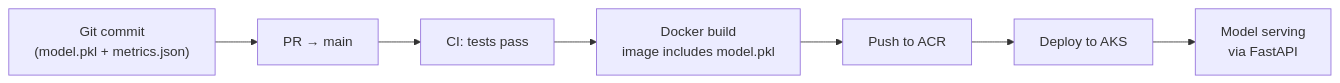
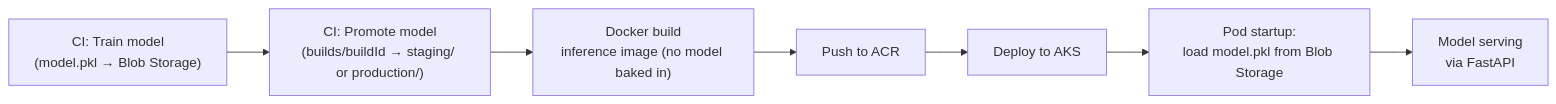
Before and after one commit to Annemarie-Bester/marketing-model-mlops-azure: the third of 4 diagrams in docs/mlops-lifecycle.md, drawn with Mermaid. The commit also changed other lines of this file and 17 other files, not shown here.

````diff
--- a/docs/mlops-lifecycle.md
+++ b/docs/mlops-lifecycle.md
@@ -110,12 +112,12 @@
 ```mermaid
 flowchart LR
-    COMMIT["Git commit<br/>(model.pkl + metrics.json)"]
-    PR["PR → main"]
-    CI["CI: tests pass"]
-    BUILD["Docker build<br/>image includes model.pkl"]
+    TRAIN["CI: Train model<br/>(model.pkl → Blob Storage)"]
+    PROMOTE["CI: Promote model<br/>(builds/buildId → staging/ or production/)"]
+    BUILD["Docker build<br/>inference image (no model baked in)"]
     ACR["Push to ACR"]
     AKS["Deploy to AKS"]
+    LOAD["Pod startup:<br/>load model.pkl from Blob Storage"]
     LIVE["Model serving<br/>via FastAPI"]
 
-    COMMIT --> PR --> CI --> BUILD --> ACR --> AKS --> LIVE
+    TRAIN --> PROMOTE --> BUILD --> ACR --> AKS --> LOAD --> LIVE
 ```
````
